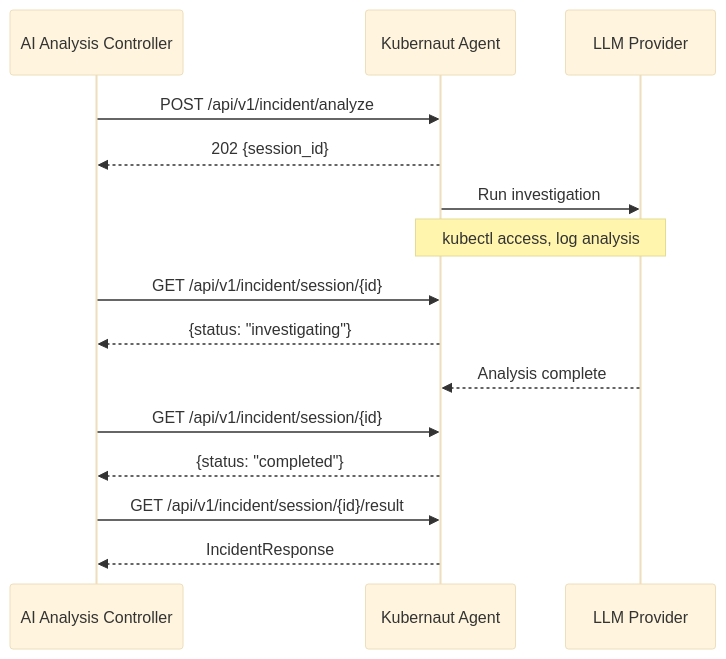
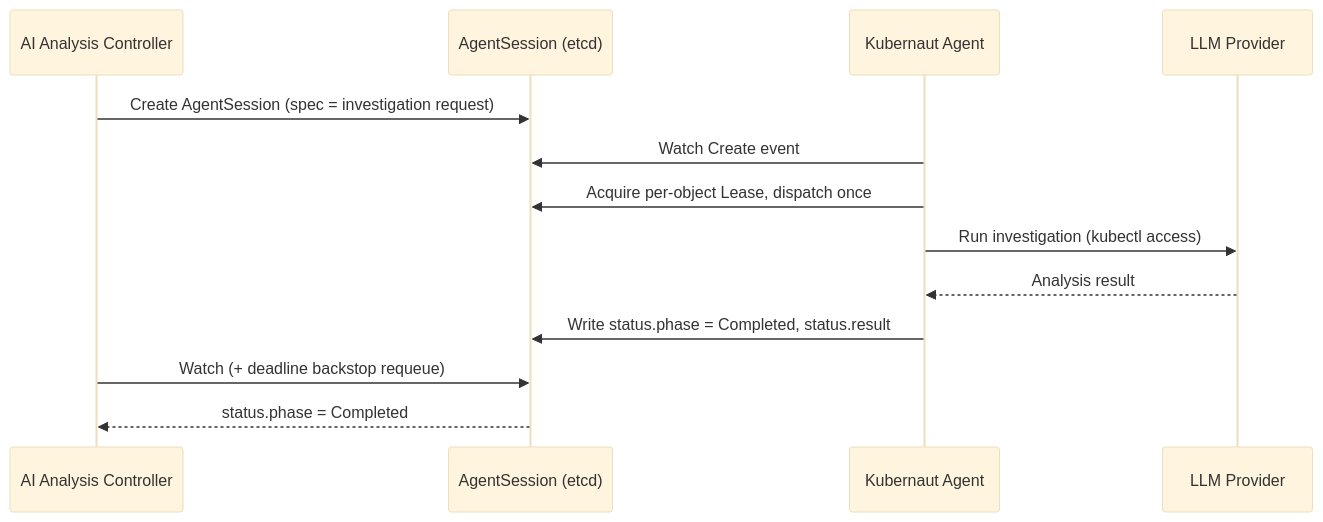
The diagram in docs/api-reference/kubernaut-agent-api.md (jordigilh/kubernaut-docs), drawn with Mermaid (base theme) before and after one commit. The commit also changed other lines of this file and 4 other files, not shown here.

First line of the commit message:
docs: fix api-reference for v1.6 (retired REST APIs, AgentSession channel)

````diff
--- a/docs/api-reference/kubernaut-agent-api.md
+++ b/docs/api-reference/kubernaut-agent-api.md
@@ -23,23 +29,16 @@
 ```mermaid
 sequenceDiagram
-    participant Client as AI Analysis Controller
+    participant AA as AI Analysis Controller
+    participant AS as AgentSession (etcd)
     participant KA as Kubernaut Agent
     participant LLM as LLM Provider
 
-    Client->>KA: POST /api/v1/incident/analyze
-    KA-->>Client: 202 {session_id}
-
-    KA->>LLM: Run investigation
-    Note over KA,LLM: kubectl access, log analysis
-
-    Client->>KA: GET /api/v1/incident/session/{id}
-    KA-->>Client: {status: "investigating"}
-
-    LLM-->>KA: Analysis complete
-
-    Client->>KA: GET /api/v1/incident/session/{id}
-    KA-->>Client: {status: "completed"}
-
-    Client->>KA: GET /api/v1/incident/session/{id}/result
-    KA-->>Client: IncidentResponse
+    AA->>AS: Create AgentSession (spec = investigation request)
+    KA->>AS: Watch Create event
+    KA->>AS: Acquire per-object Lease, dispatch once
+    KA->>LLM: Run investigation (kubectl access)
+    LLM-->>KA: Analysis result
+    KA->>AS: Write status.phase = Completed, status.result
+    AA->>AS: Watch (+ deadline backstop requeue)
+    AS-->>AA: status.phase = Completed
 ```
````
